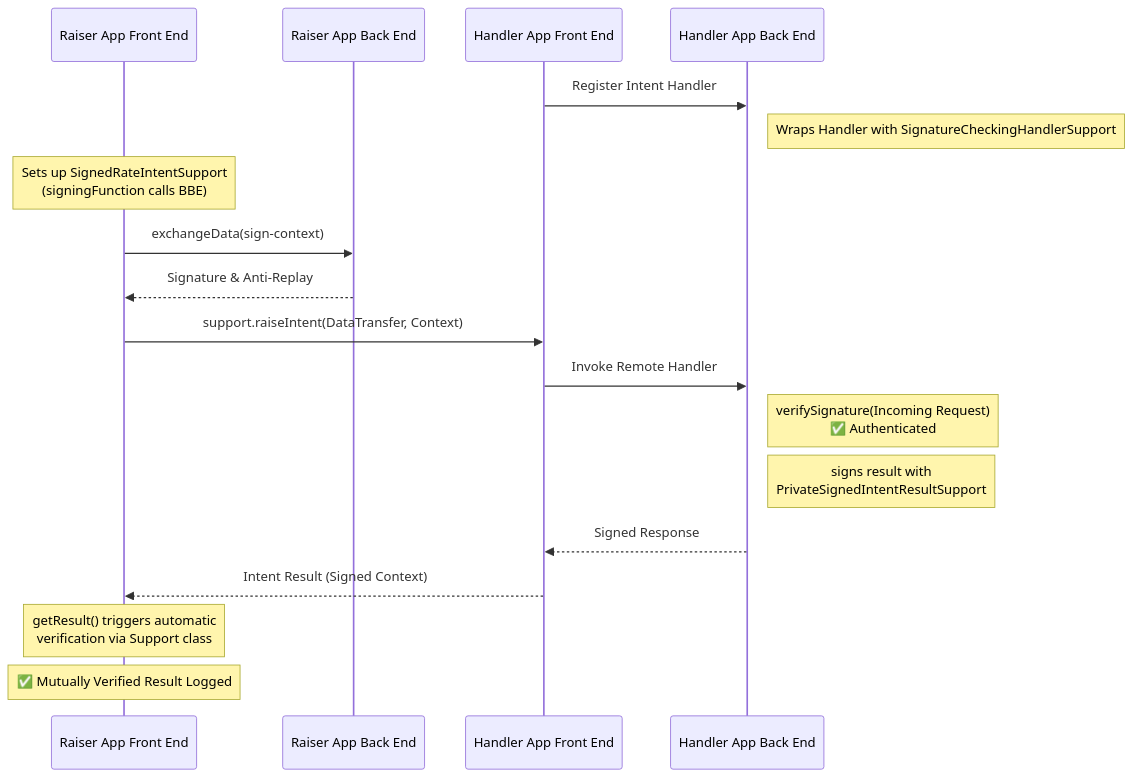
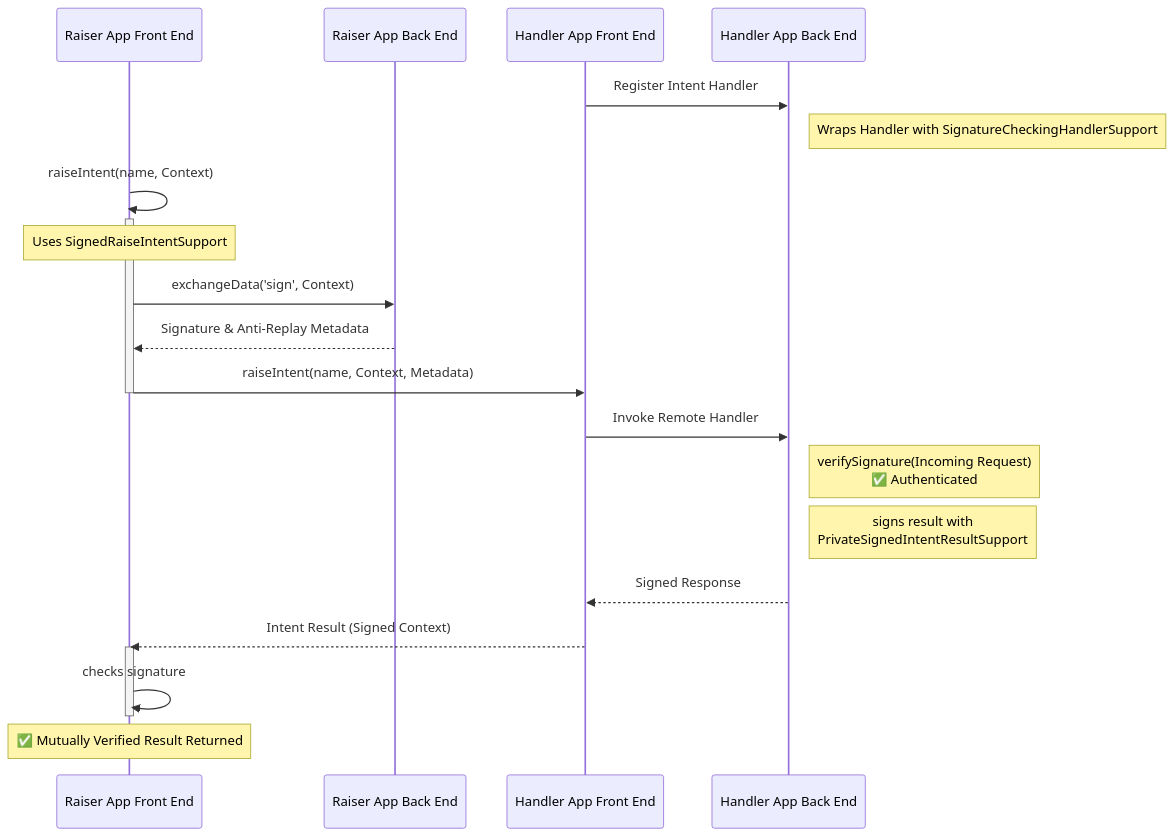
Before and after one commit to finos/FDC3: the fourth of 5 diagrams in packages/fdc3-security/samples/README.md, drawn with Mermaid. The commit also changed other lines of this file and 7 other files, not shown here.

````diff
--- a/packages/fdc3-security/samples/README.md
+++ b/packages/fdc3-security/samples/README.md
@@ -112,25 +117,30 @@
 ```mermaid
 sequenceDiagram
     participant BFE as Raiser App Front End
     participant BBE as Raiser App Back End
     participant AFE as Handler App Front End
     participant ABE as Handler App Back End
 
     AFE->>ABE: Register Intent Handler
     Note right of ABE: Wraps Handler with SignatureCheckingHandlerSupport
-    
-    Note over BFE: Sets up SignedRateIntentSupport<br/>(signingFunction calls BBE)
-    BFE->>BBE: exchangeData(sign-context)
-    BBE-->>BFE: Signature & Anti-Replay
-    BFE->>AFE: support.raiseIntent(DataTransfer, Context)
+
+    BFE->>BFE: raiseIntent(name, Context)
+    activate BFE
+    Note over BFE: Uses SignedRaiseIntentSupport
+    BFE->>BBE: exchangeData('sign', Context)
+    BBE-->>BFE: Signature & Anti-Replay Metadata
+    BFE->>AFE: raiseIntent(name, Context, Metadata)
+    deactivate BFE
     
     AFE->>ABE: Invoke Remote Handler
     Note right of ABE: verifySignature(Incoming Request)<br/>✅ Authenticated
     
     Note right of ABE: signs result with<br/>PrivateSignedIntentResultSupport
     ABE-->>AFE: Signed Response
     AFE-->>BFE: Intent Result (Signed Context)
-    
-    Note over BFE: getResult() triggers automatic<br/>verification via Support class
-    Note over BFE: ✅ Mutually Verified Result Logged
+
+    activate BFE
+    BFE->>BFE: checks signature
+    deactivate BFE    
+    Note over BFE: ✅ Mutually Verified Result Returned
 ```
````
